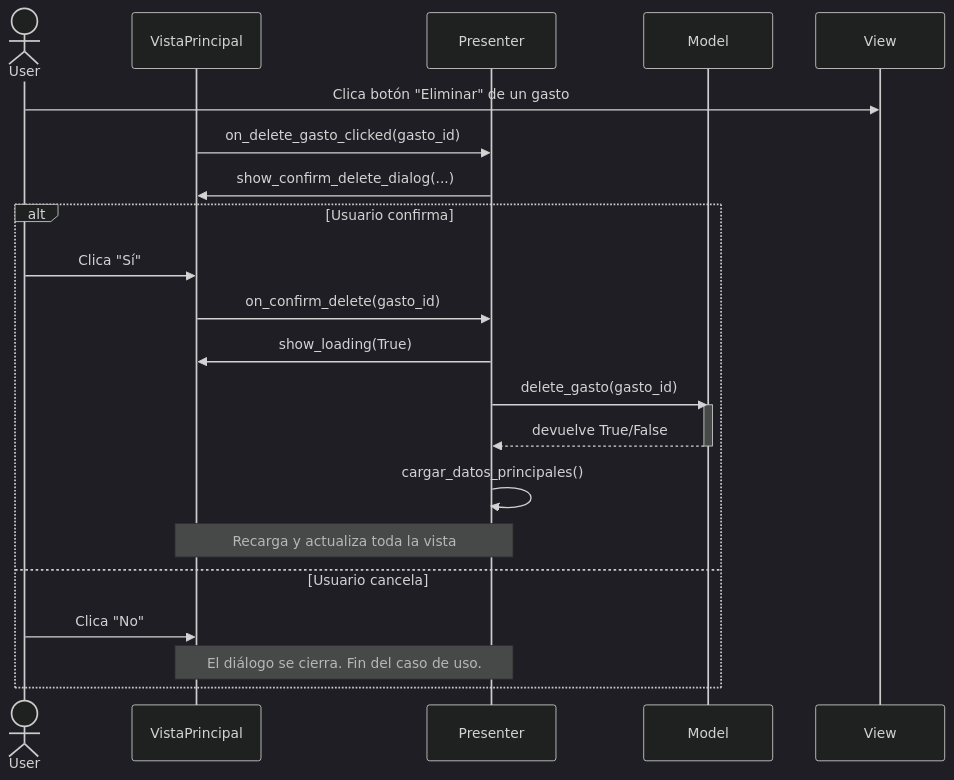
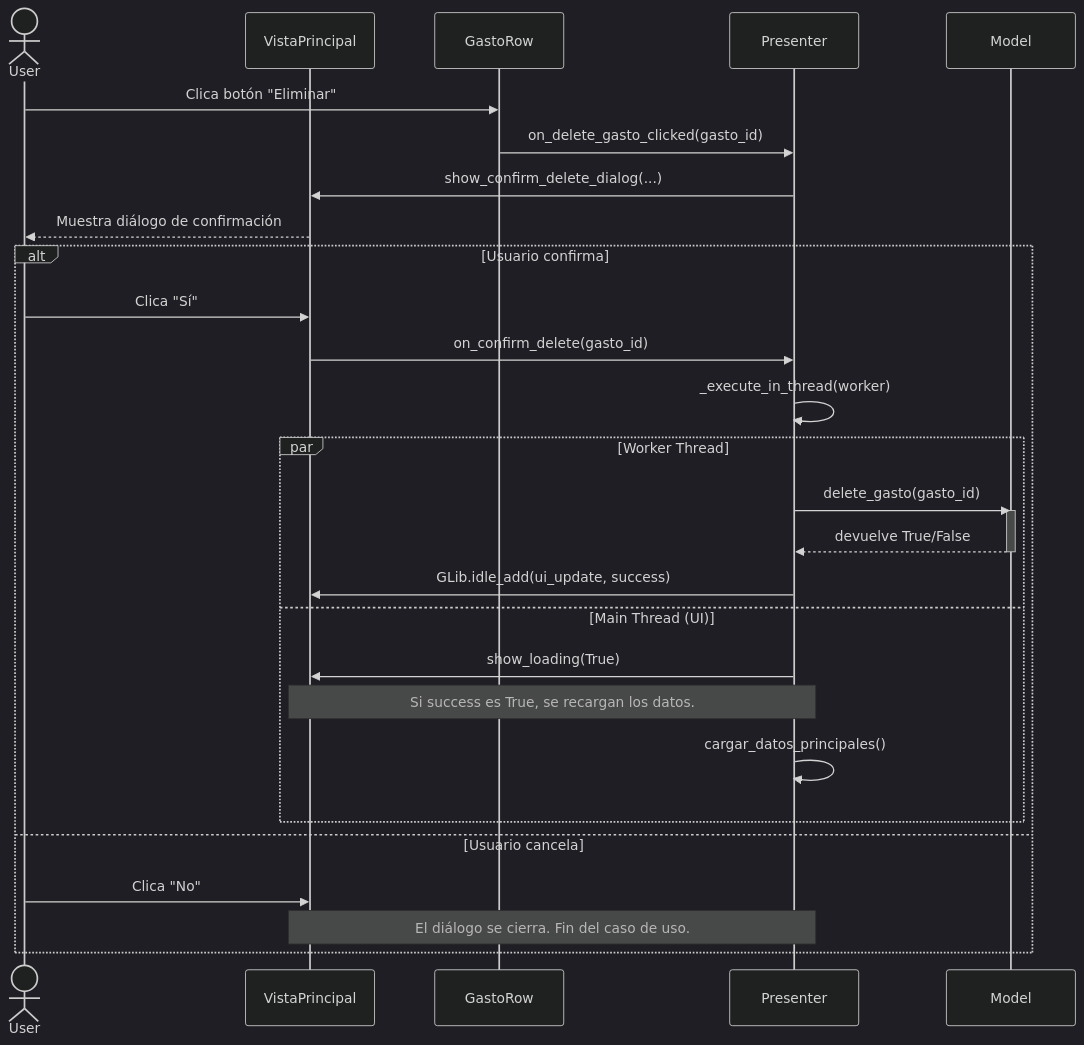
Before and after one commit to pablofernandezz/hmi-desktop-app: the fifth of 8 diagrams in diseño_sw.md, drawn with Mermaid (dark theme). The commit also changed other lines of this file, not shown here.

Commit message:
Diagramas actualizados después de la correción del diseño

````diff
--- a/diseño_sw.md
+++ b/diseño_sw.md
@@ -228,31 +295,38 @@
 ```mermaid
 sequenceDiagram
     actor User
     participant VistaPrincipal
+    participant GastoRow
     participant Presenter
     participant Model
 
-    User->>View: Clica botón "Eliminar" de un gasto
-    VistaPrincipal->>Presenter: on_delete_gasto_clicked(gasto_id)
+    User->>GastoRow: Clica botón "Eliminar"
+    GastoRow->>Presenter: on_delete_gasto_clicked(gasto_id)
 
     Presenter->>VistaPrincipal: show_confirm_delete_dialog(...)
+    VistaPrincipal-->>User: Muestra diálogo de confirmación
 
     alt Usuario confirma
         User->>VistaPrincipal: Clica "Sí"
         VistaPrincipal->>Presenter: on_confirm_delete(gasto_id)
 
-        Presenter->>VistaPrincipal: show_loading(True)
-
-        Presenter->>Model: delete_gasto(gasto_id)
-        activate Model
-        Model-->>Presenter: devuelve True/False
-        deactivate Model
-
-        Presenter->>Presenter: cargar_datos_principales()
-        Note over Presenter, VistaPrincipal: Recarga y actualiza toda la vista
+        Presenter->>Presenter: _execute_in_thread(worker)
+        
+        par Worker Thread
+            Presenter->>Model: delete_gasto(gasto_id)
+            activate Model
+            Model-->>Presenter: devuelve True/False
+            deactivate Model
+            
+            Presenter->>VistaPrincipal: GLib.idle_add(ui_update, success)
+        and Main Thread (UI)
+            Presenter->>VistaPrincipal: show_loading(True)
+            Note over Presenter, VistaPrincipal: Si success es True, se recargan los datos.
+            Presenter->>Presenter: cargar_datos_principales()
+        end
 
     else Usuario cancela
         User->>VistaPrincipal: Clica "No"
         Note over VistaPrincipal, Presenter: El diálogo se cierra. Fin del caso de uso.
     end
 ```
````
